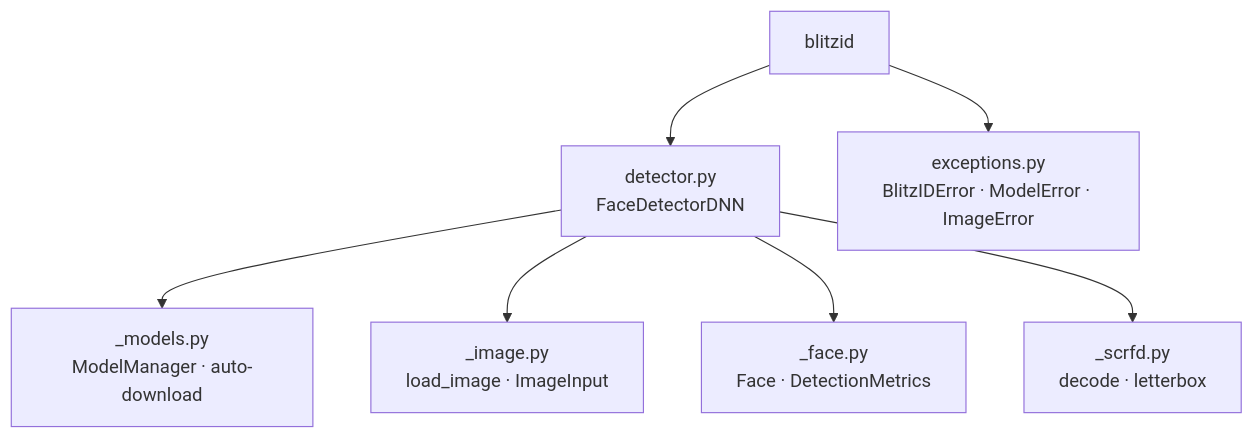
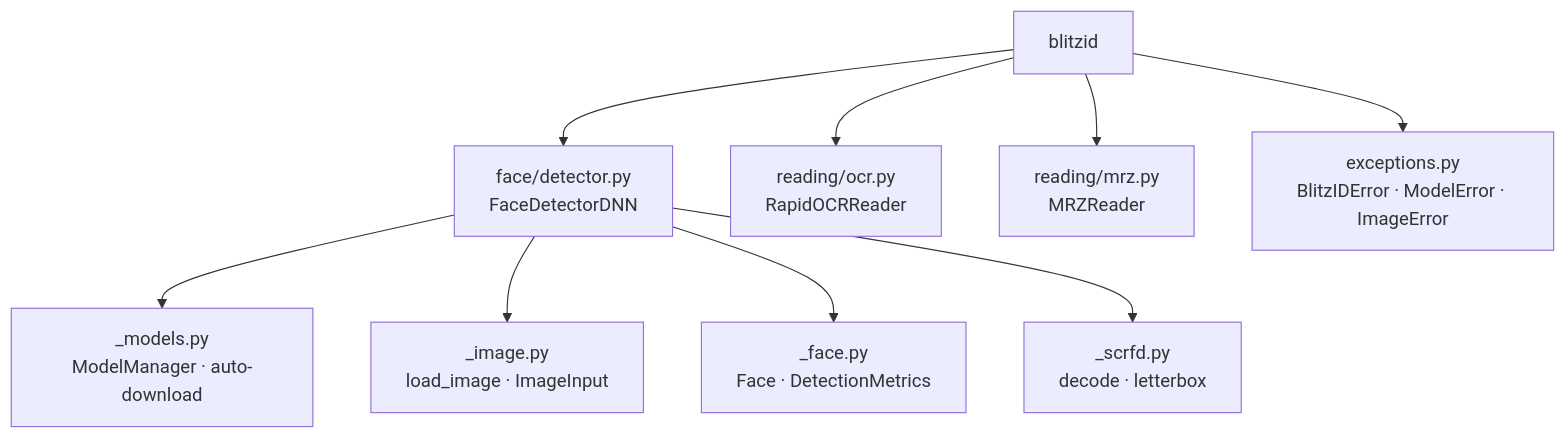
One commit to malvavisc0/blitzid changed the diagram in README.md. Above: the diagram before and after it, drawn with Mermaid. The commit also changed other lines of this file and 14 other files, not shown here.

Commit message:
add OCR text reading and ICAO 9303 MRZ parsing via the ocr extra

````diff
--- a/README.md
+++ b/README.md
@@ -106,10 +160,12 @@
 ```mermaid
 graph TD
-    A[blitzid] --> B[detector.py<br/>FaceDetectorDNN]
+    A[blitzid] --> B[face/detector.py<br/>FaceDetectorDNN]
+    A --> C[reading/ocr.py<br/>RapidOCRReader]
+    A --> I[reading/mrz.py<br/>MRZReader]
     A --> D[exceptions.py<br/>BlitzIDError · ModelError · ImageError]
 
     B --> E[_models.py<br/>ModelManager · auto-download]
     B --> F[_image.py<br/>load_image · ImageInput]
     B --> G[_face.py<br/>Face · DetectionMetrics]
     B --> H[_scrfd.py<br/>decode · letterbox]
 ```
````
